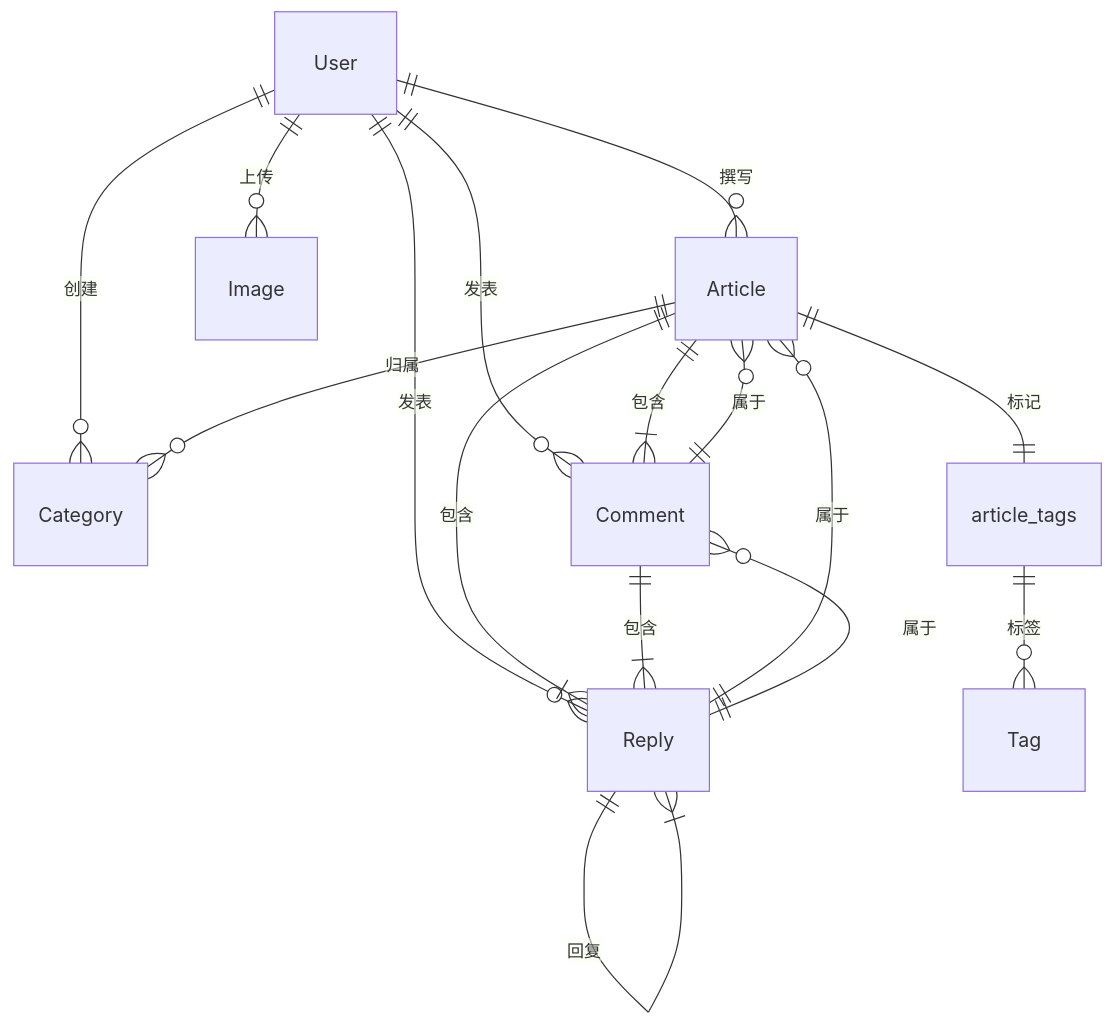
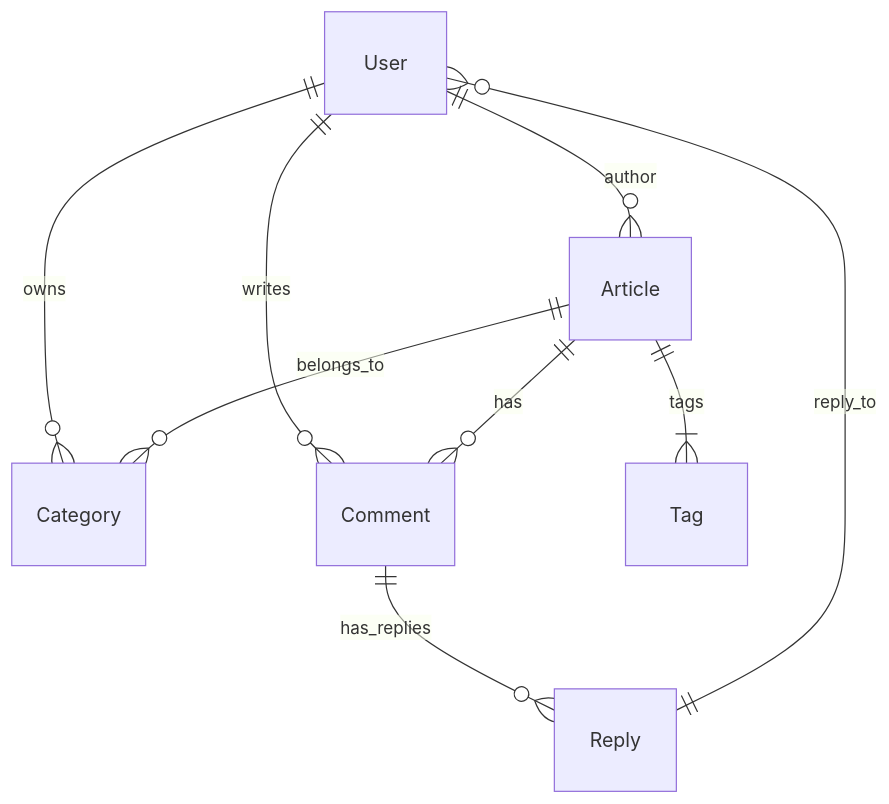
The first of 3 diagrams in README.md (Jack-samu/the-blog-backend), drawn with Mermaid before and after one commit. The commit also changed other lines of this file, not shown here.

````diff
--- a/README.md
+++ b/README.md
@@ -34,22 +49,13 @@
 ```mermaid
 erDiagram
-    User ||--o{ Article : "撰写"
-    User ||--o{ Category : "创建"
-    User ||--o{ Image : "上传"
-    User ||--o{ Comment : "发表"
-    User ||--o{ Reply : "发表"
+    User ||--o{ Article : "author"
+    User ||--o{ Category : "owns"
+    User ||--o{ Comment : "writes"
     
-    Article ||--o{ Category : "归属"
-    Article ||--|| article_tags : "标记"
-    Article ||--|{ Comment : "包含"
-    Article ||--|{ Reply : "包含"
+    Article ||--|{ Tag : "tags"
+    Article ||--o{ Category : "belongs_to"
+    Article ||--o{ Comment : "has"
     
-    Comment ||--o{ Article : "属于"
-    Comment ||--|{ Reply : "包含"
-    
-    Reply ||--o{ Article : "属于"
-    Reply ||--o{ Comment : "属于"
-    Reply ||--|{ Reply : "回复"
-    
-    article_tags ||--o{ Tag : "标签"
+    Comment ||--o{ Reply : "has_replies"
+    Reply ||--o{ User : "reply_to"
 ```
````
